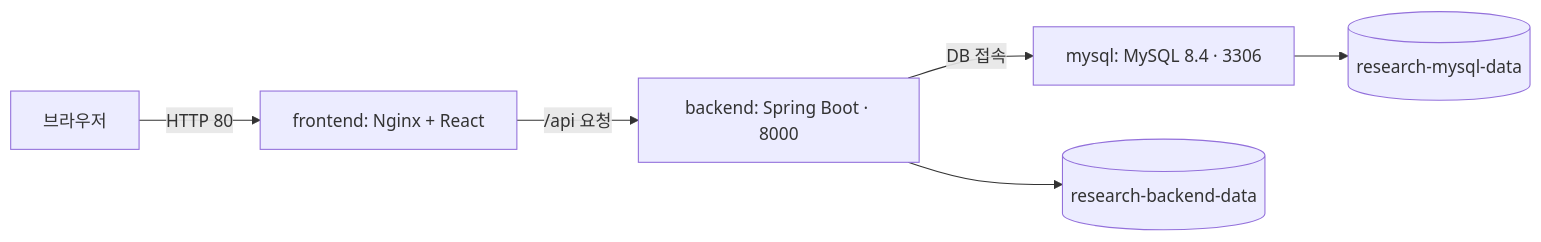
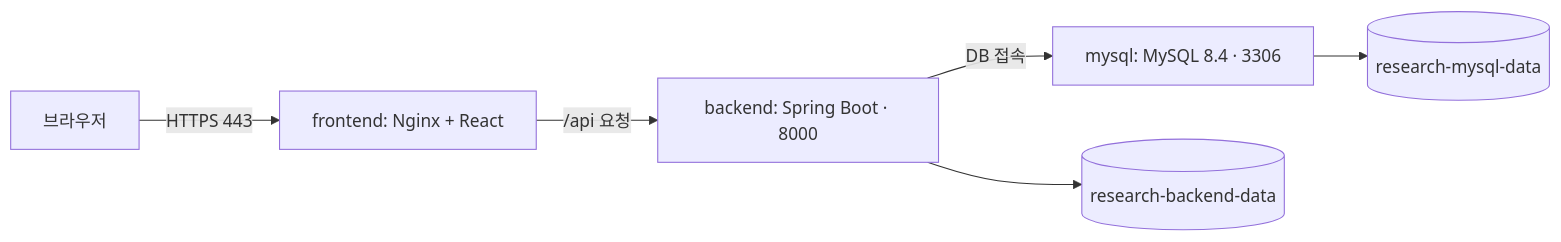
Before and after one commit to hayo02/dongguk-individual-research: the fifth of 5 diagrams in README.md, drawn with Mermaid. The commit also changed other lines of this file, not shown here.

````diff
--- a/README.md
+++ b/README.md
@@ -204,8 +287,8 @@
 ```mermaid
 flowchart LR
-    U[브라우저] -->|HTTP 80| F[frontend: Nginx + React]
+    U[브라우저] -->|HTTPS 443| F[frontend: Nginx + React]
     F -->|/api 요청| B[backend: Spring Boot · 8000]
     B -->|DB 접속| M[mysql: MySQL 8.4 · 3306]
     B --> S[(research-backend-data)]
     M --> D[(research-mysql-data)]
 ```
````
